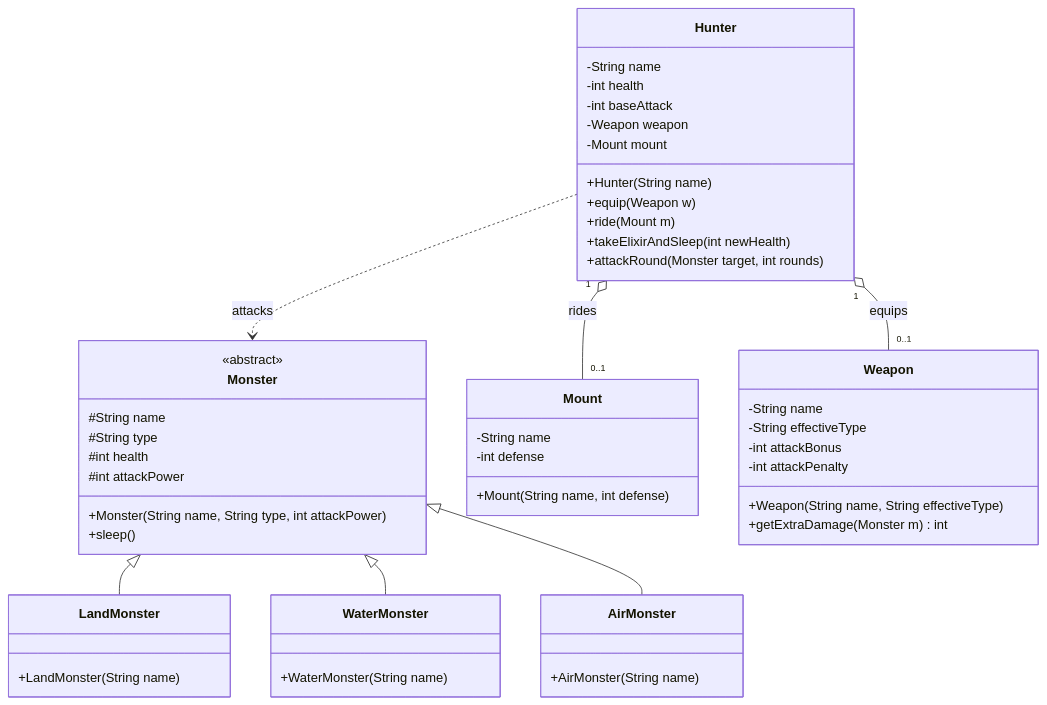
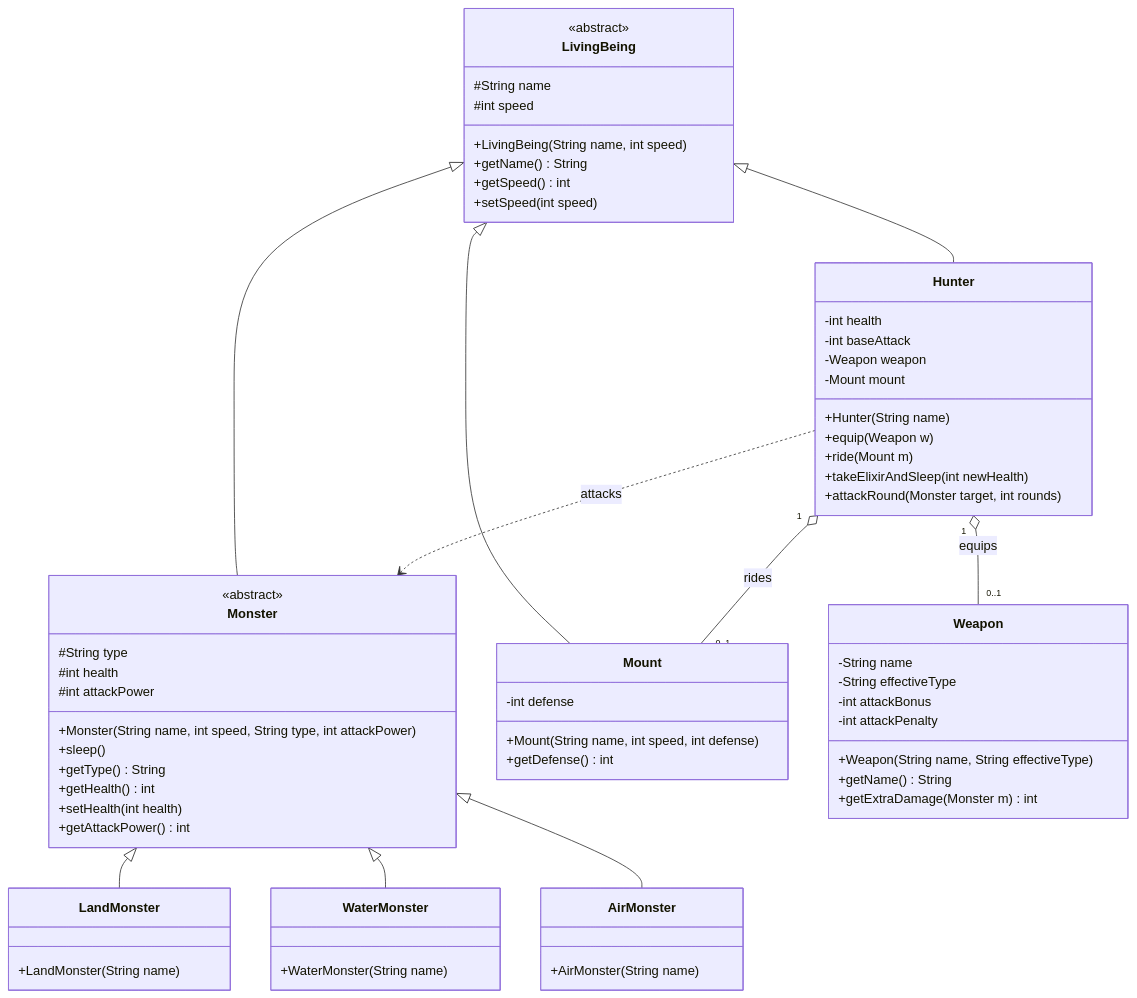
The diagram in Part2_Model/models/quiz1.md (nlhsueh/teach_sw_fw), drawn with Mermaid before and after one commit. The commit also changed other lines of this file, not shown here.

Commit message:
Refactor quiz1.md: Extract LivingBeing base class for shared name and speed encapsulation

````diff
--- a/Part2_Model/models/quiz1.md
+++ b/Part2_Model/models/quiz1.md
@@ -34,62 +34,80 @@
 ```mermaid
 classDiagram
     direction TB
     
+    class LivingBeing {
+        <<abstract>>
+        #String name
+        #int speed
+        +LivingBeing(String name, int speed)
+        +getName() String
+        +getSpeed() int
+        +setSpeed(int speed)
+    }
+    
     class Monster {
         <<abstract>>
-        #String name
         #String type
         #int health
         #int attackPower
-        +Monster(String name, String type, int attackPower)
+        +Monster(String name, int speed, String type, int attackPower)
         +sleep()
+        +getType() String
+        +getHealth() int
+        +setHealth(int health)
+        +getAttackPower() int
     }
     
     class LandMonster {
         +LandMonster(String name)
     }
     
     class WaterMonster {
         +WaterMonster(String name)
     }
     
     class AirMonster {
         +AirMonster(String name)
     }
     
+    LivingBeing <|-- Monster
     Monster <|-- LandMonster
     Monster <|-- WaterMonster
     Monster <|-- AirMonster
     
     class Hunter {
-        -String name
         -int health
         -int baseAttack
         -Weapon weapon
         -Mount mount
         +Hunter(String name)
         +equip(Weapon w)
         +ride(Mount m)
         +takeElixirAndSleep(int newHealth)
         +attackRound(Monster target, int rounds)
     }
     
+    LivingBeing <|-- Hunter
+    
     class Mount {
-        -String name
         -int defense
-        +Mount(String name, int defense)
+        +Mount(String name, int speed, int defense)
+        +getDefense() int
     }
+    
+    LivingBeing <|-- Mount
     
     class Weapon {
         -String name
         -String effectiveType
         -int attackBonus
         -int attackPenalty
         +Weapon(String name, String effectiveType)
+        +getName() String
         +getExtraDamage(Monster m) int
     }
     
     Hunter "1" o-- "0..1" Weapon : equips
     Hunter "1" o-- "0..1" Mount : rides
     Hunter ..> Monster : attacks
 ```
````
